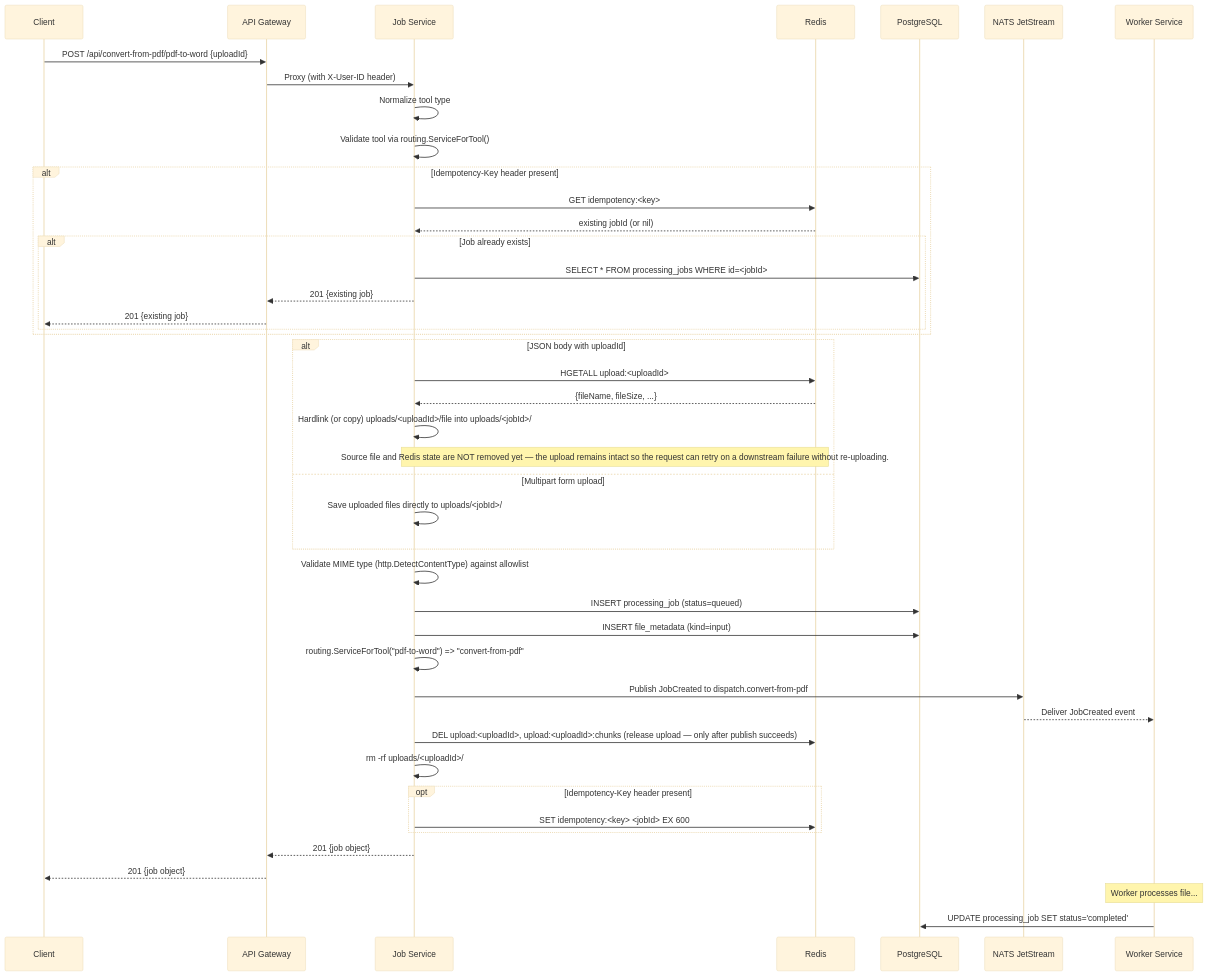
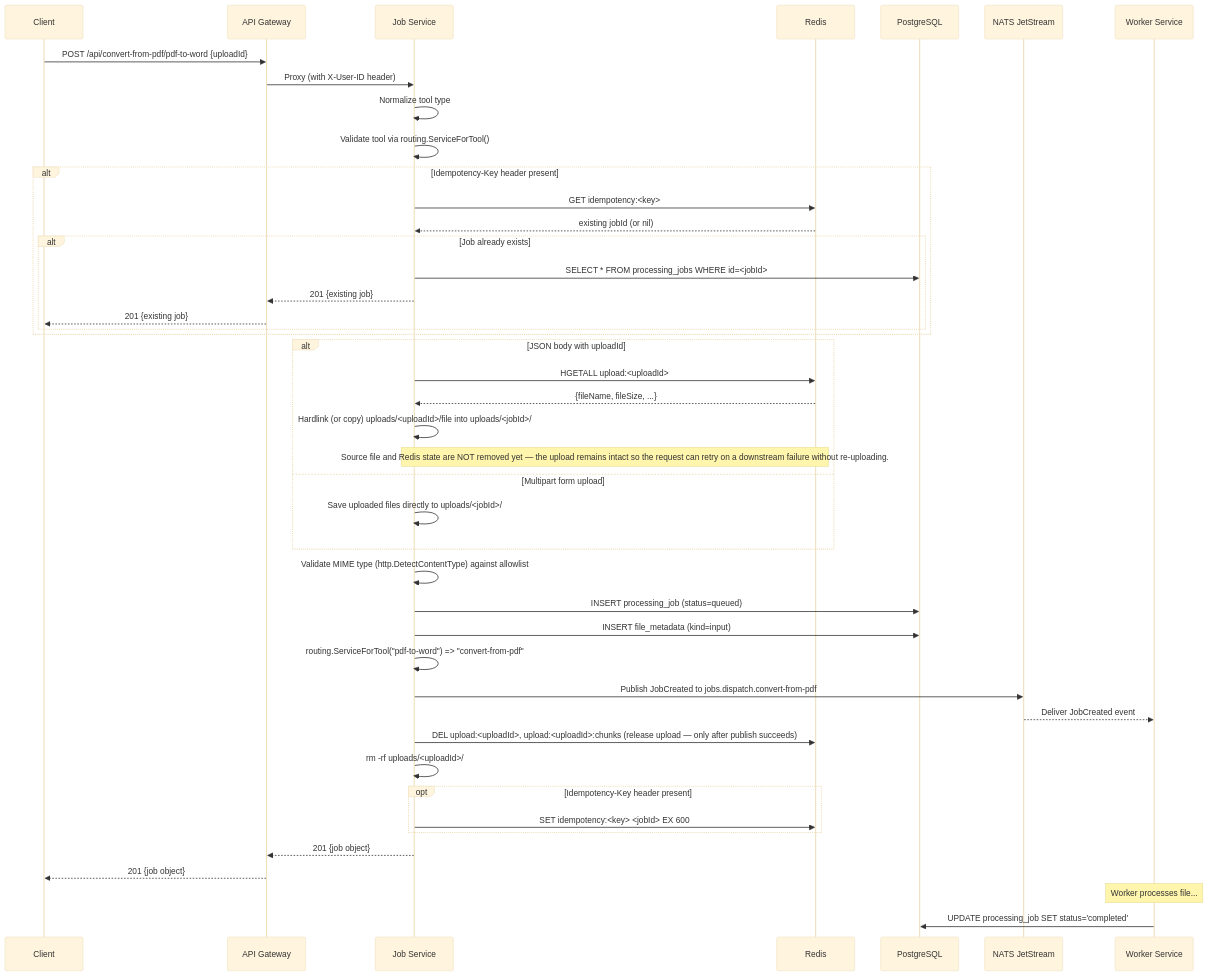
Before and after one commit to Prachidubey2003/fyredocs_backend: the second of 4 diagrams in docs/developer/services/JOB_SERVICE.md, drawn with Mermaid (base theme). The commit also changed other lines of this file and 39 other files, not shown here.

Commit message:
Refactor PDF services to use NATS JetStream for job dispatch and event publishing; enhance documentation for OPTIMIZE_PDF and ORGANIZE_PDF services; remove deprecated UPLOAD_SERVICE documentation; update OpenAPI spec for improved clarity and accuracy.

````diff
--- a/docs/developer/services/JOB_SERVICE.md
+++ b/docs/developer/services/JOB_SERVICE.md
@@ -286,57 +289,57 @@
 ```mermaid
 sequenceDiagram
     participant C as Client
     participant GW as API Gateway
     participant JS as Job Service
     participant R as Redis
     participant DB as PostgreSQL
     participant NATS as NATS JetStream
     participant W as Worker Service
 
     C->>GW: POST /api/convert-from-pdf/pdf-to-word {uploadId}
     GW->>JS: Proxy (with X-User-ID header)
 
     JS->>JS: Normalize tool type
     JS->>JS: Validate tool via routing.ServiceForTool()
 
     alt Idempotency-Key header present
         JS->>R: GET idempotency:<key>
         R-->>JS: existing jobId (or nil)
         alt Job already exists
             JS->>DB: SELECT * FROM processing_jobs WHERE id=<jobId>
             JS-->>GW: 201 {existing job}
             GW-->>C: 201 {existing job}
         end
     end
 
     alt JSON body with uploadId
         JS->>R: HGETALL upload:<uploadId>
         R-->>JS: {fileName, fileSize, ...}
         JS->>JS: Hardlink (or copy) uploads/<uploadId>/file into uploads/<jobId>/
         Note over JS,R: Source file and Redis state are NOT removed yet — the upload remains intact so the request can retry on a downstream failure without re-uploading.
     else Multipart form upload
         JS->>JS: Save uploaded files directly to uploads/<jobId>/
     end
 
     JS->>JS: Validate MIME type (http.DetectContentType) against allowlist
 
     JS->>DB: INSERT processing_job (status=queued)
     JS->>DB: INSERT file_metadata (kind=input)
 
     JS->>JS: routing.ServiceForTool("pdf-to-word") => "convert-from-pdf"
-    JS->>NATS: Publish JobCreated to dispatch.convert-from-pdf
+    JS->>NATS: Publish JobCreated to jobs.dispatch.convert-from-pdf
     NATS-->>W: Deliver JobCreated event
 
     JS->>R: DEL upload:<uploadId>, upload:<uploadId>:chunks (release upload — only after publish succeeds)
     JS->>JS: rm -rf uploads/<uploadId>/
 
     opt Idempotency-Key header present
         JS->>R: SET idempotency:<key> <jobId> EX 600
     end
 
     JS-->>GW: 201 {job object}
     GW-->>C: 201 {job object}
 
     Note over W: Worker processes file...
     W->>DB: UPDATE processing_job SET status='completed'
 ```
````
